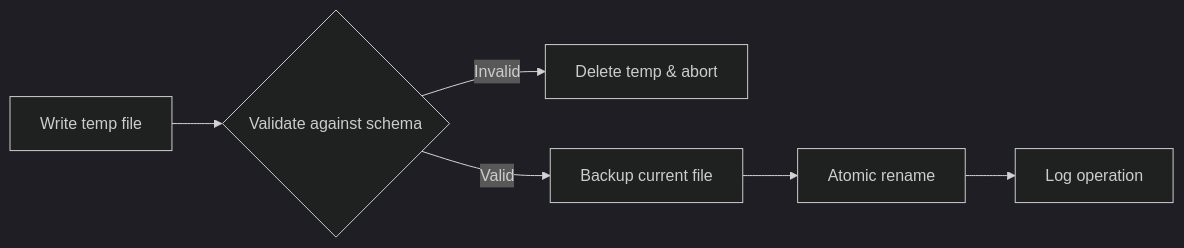
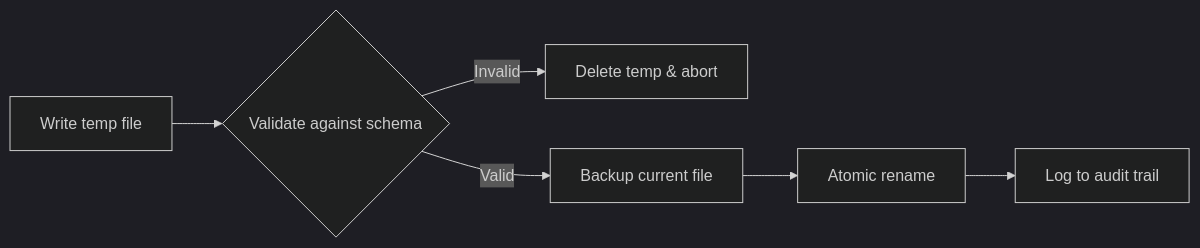
The second of 2 diagrams in docs/mintlify/concepts/vision.mdx (kryptobaseddev/cleo), drawn with Mermaid (dark theme) before and after one commit. The commit also changed other lines of this file and 11 other files, not shown here.

````diff
--- a/docs/mintlify/concepts/vision.mdx
+++ b/docs/mintlify/concepts/vision.mdx
@@ -172,8 +453,8 @@
 ```mermaid
 graph LR
     A[Write temp file] --> B{Validate against schema}
     B -->|Invalid| C[Delete temp & abort]
     B -->|Valid| D[Backup current file]
     D --> E[Atomic rename]
-    E --> F[Log operation]
+    E --> F[Log to audit trail]
 ```
````
